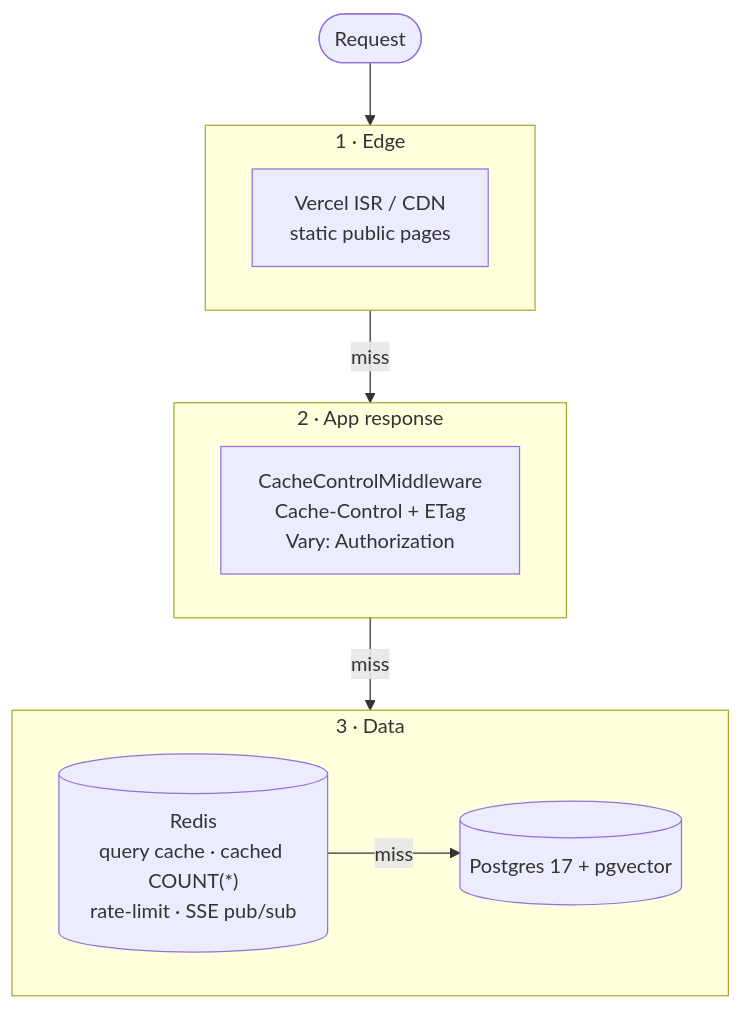
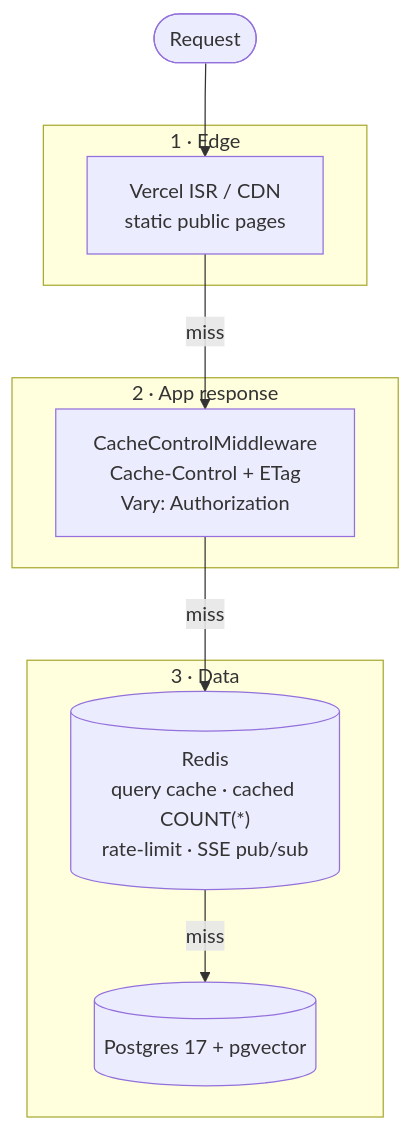
One commit to vishalgoyal25/TheKnowledgeOrbits changed diagram 11 of 15 in README.md. Above: the diagram before and after it, drawn with Mermaid. The commit also changed other lines of this file and 1 other file, not shown here.

Commit message:
docs: fix mermaid subgraph-edge rendering bugs, update test count to 714

````diff
--- a/README.md
+++ b/README.md
@@ -636,20 +622,20 @@
 ```mermaid
 flowchart TB
-    REQ([Request]) --> L1
+    REQ([Request]) --> ISR
 
     subgraph L1["1 · Edge"]
         ISR["Vercel ISR / CDN<br/>static public pages"]
     end
-    L1 -->|miss| L2
+    ISR -->|miss| CCM
 
     subgraph L2["2 · App response"]
         CCM["CacheControlMiddleware<br/>Cache-Control + ETag<br/>Vary: Authorization"]
     end
-    L2 -->|miss| L3
+    CCM -->|miss| REDIS
 
     subgraph L3["3 · Data"]
         REDIS[("Redis<br/>query cache · cached COUNT(*)<br/>rate-limit · SSE pub/sub")]
         PG[("Postgres 17 + pgvector")]
     end
     REDIS -->|miss| PG
 ```
````
